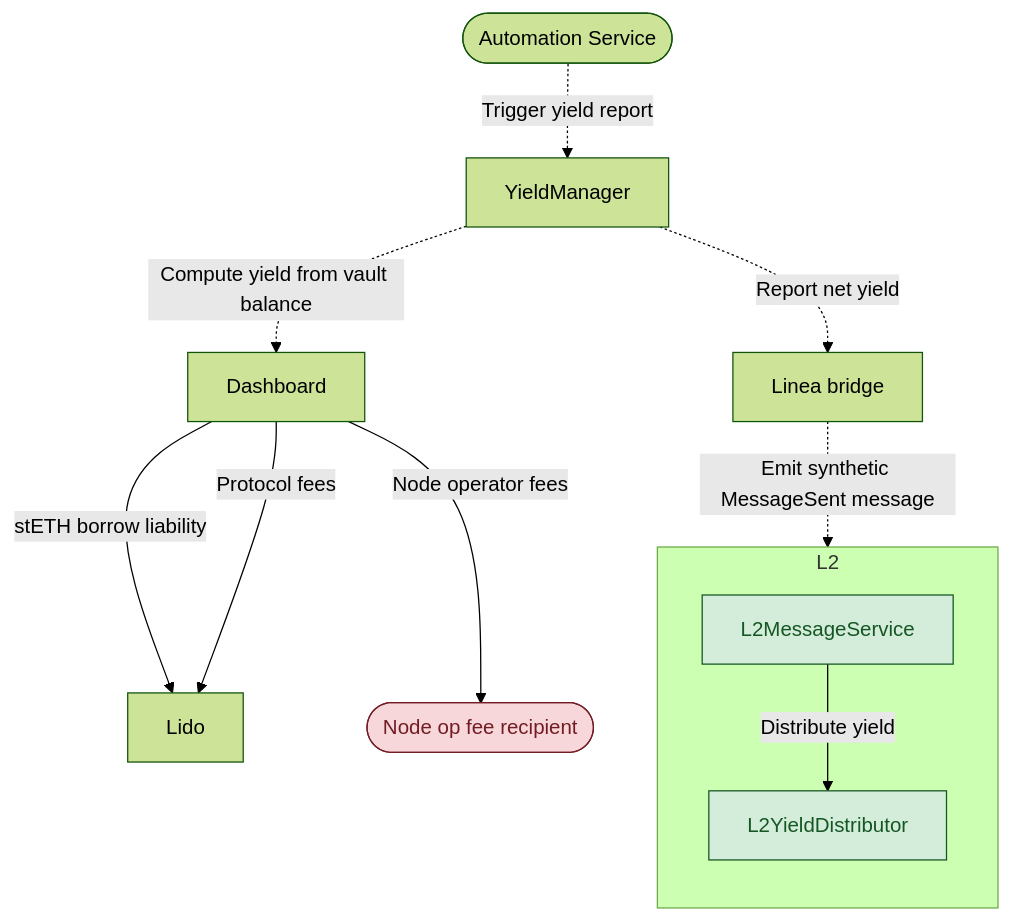
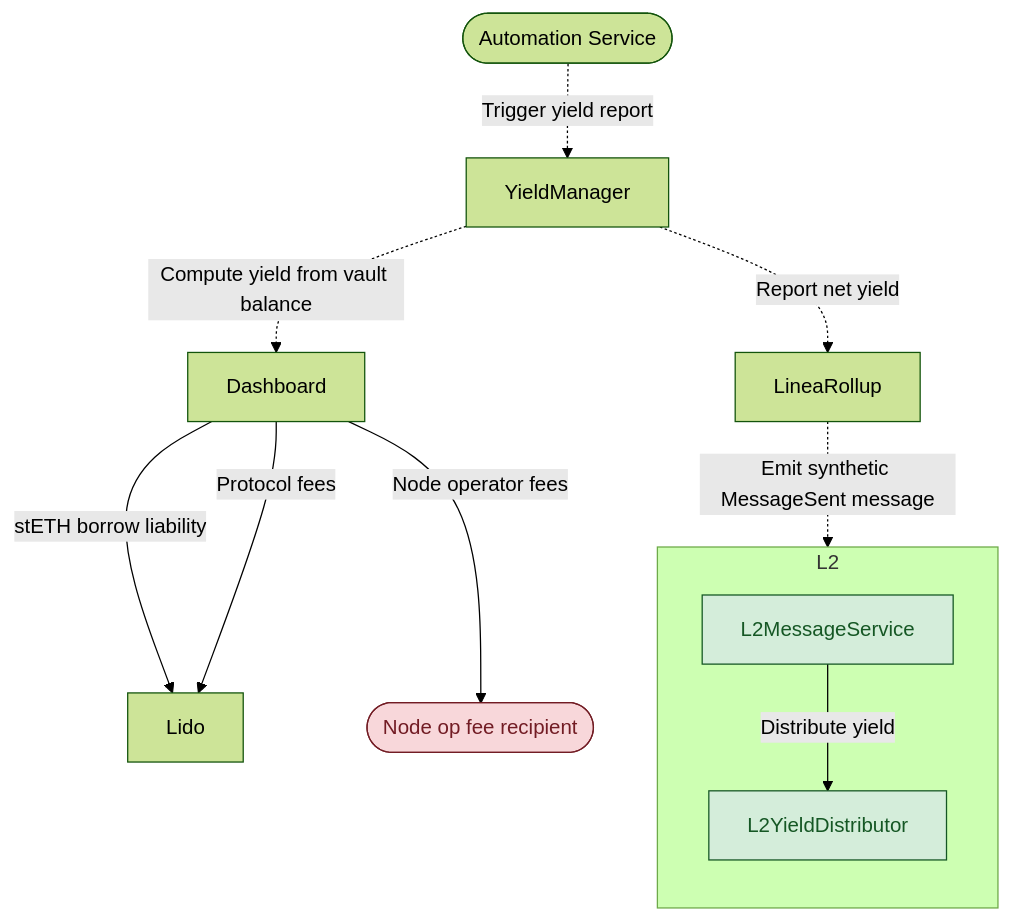
The second of 8 diagrams in docs/protocol/yield-boost-architecture.mdx (Consensys/doc.linea), drawn with Mermaid (forest theme) before and after one commit. The commit also changed other lines of this file and 1 other file, not shown here.

````diff
--- a/docs/protocol/yield-boost-architecture.mdx
+++ b/docs/protocol/yield-boost-architecture.mdx
@@ -99,22 +100,22 @@
 ```mermaid
 flowchart TB
     subgraph L2["L2"]
       direction TB
       L2MS[L2MessageService]
       L2YD[L2YieldDistributor]
     end
     Auto([Automation Service]) -.->|Trigger yield report| YM[YieldManager]
     YM -.->|Compute yield from vault balance| DB[Dashboard]
     DB -->|stETH borrow liability| Lido[Lido]
     DB -->|Protocol fees| Lido
     DB -->|Node operator fees| FeeRecipient([Node op fee recipient])
-    YM -.->|Report net yield| LR[Linea bridge]
+    YM -.->|Report net yield| LR[LineaRollup]
     LR -.->|Emit synthetic MessageSent message| L2MS[L2MessageService]
     L2MS -->|Distribute yield| L2YD[L2YieldDistributor]
 
     classDef l2 fill:#d4edda,stroke:#155724,stroke-width:1px,color:#155724
     classDef admin fill:#f8d7da,stroke:#721c24,stroke-width:1px,color:#721c24
 
     class L2MS,L2YD l2
     class FeeRecipient admin
 ```
````
